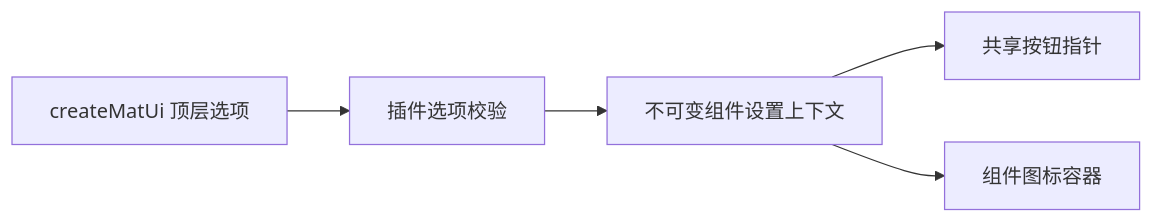
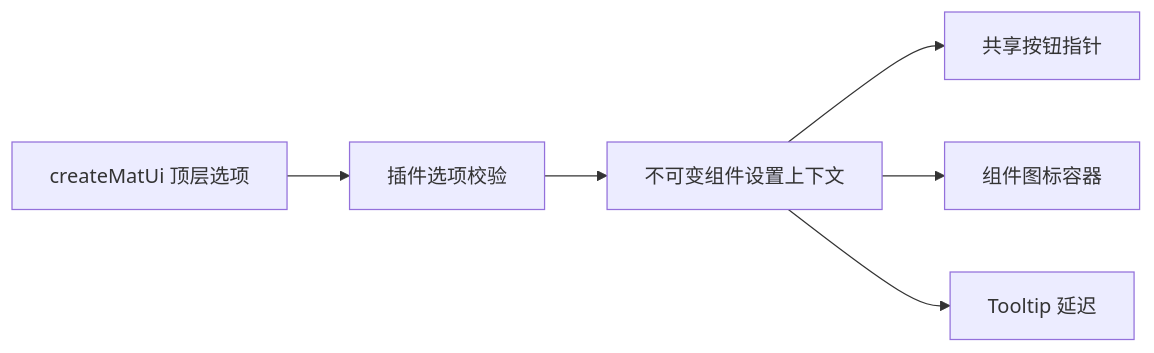
One commit to slime7/mde-vue changed the second of 3 diagrams in docs/project/ARCHITECTURE.md. Above: the diagram before and after it, drawn with Mermaid. The commit also changed other lines of this file and 14 other files, not shown here.

````diff
--- a/docs/project/ARCHITECTURE.md
+++ b/docs/project/ARCHITECTURE.md
@@ -112,7 +114,8 @@
 ```mermaid
 flowchart LR
     A["createMatUi 顶层选项"] --> B["插件选项校验"]
     B --> C["不可变组件设置上下文"]
     C --> D["共享按钮指针"]
     C --> E["组件图标容器"]
+    C --> F["Tooltip 延迟"]
 ```
````
